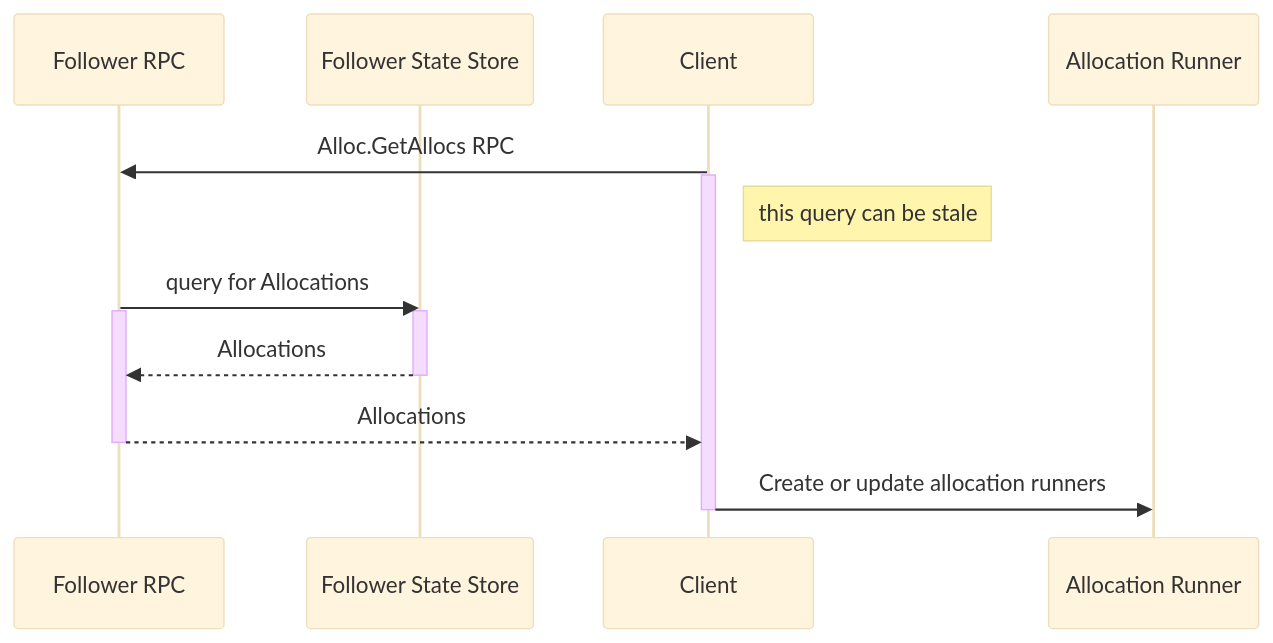
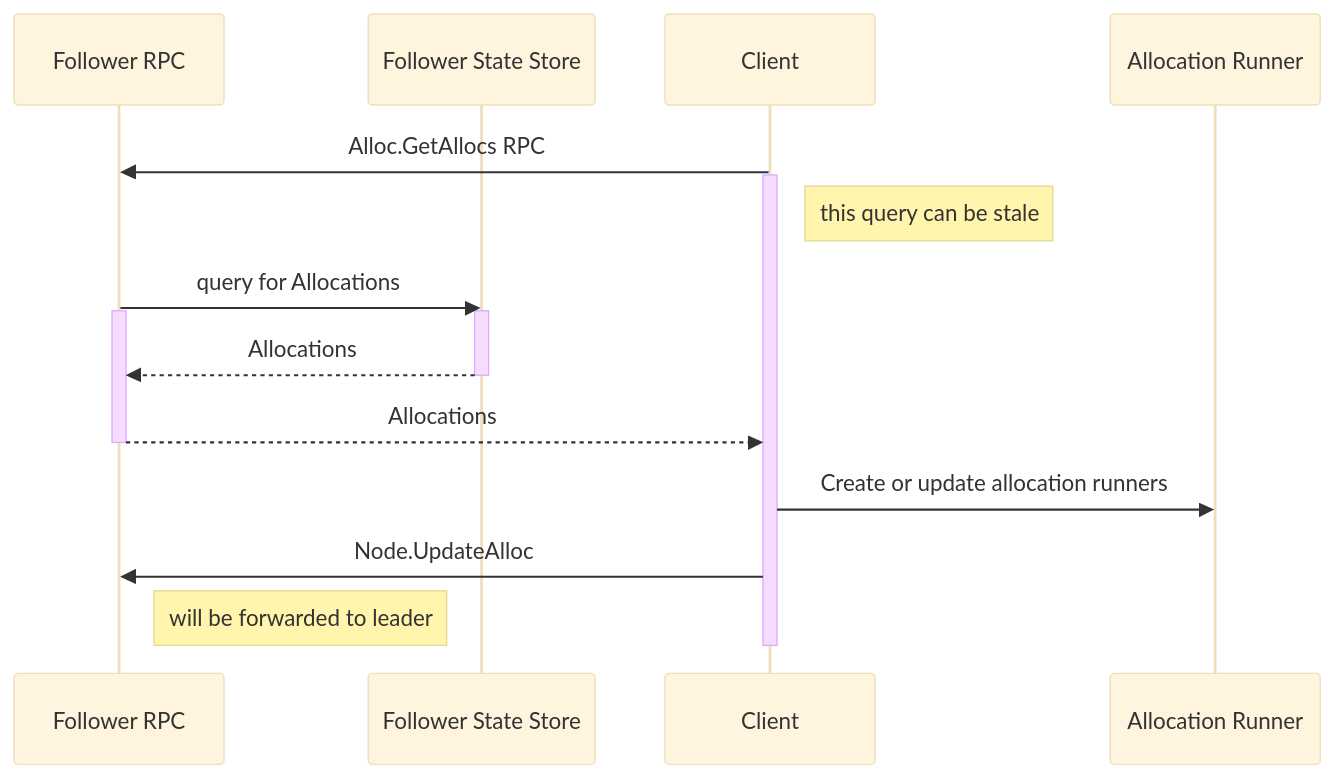
The fourth of 4 diagrams in contributing/architecture-eval-lifecycle.md (hashicorp/nomad), drawn with Mermaid (base theme) before and after one commit. The commit also changed other lines of this file and 3 other files, not shown here.

````diff
--- a/contributing/architecture-eval-lifecycle.md
+++ b/contributing/architecture-eval-lifecycle.md
@@ -298,25 +322,29 @@
 ```mermaid
 sequenceDiagram
 
     participant followerRpc as Follower RPC
     participant followerFSM as Follower State Store
 
     participant client as Client
     participant allocrunner as Allocation Runner
 
     client ->> followerRpc: Alloc.GetAllocs RPC
     activate client
 
     Note right of client: this query can be stale
 
     followerRpc ->> followerFSM: query for Allocations
     activate followerRpc
     activate followerFSM
     followerFSM -->> followerRpc: Allocations
     deactivate followerFSM
     followerRpc -->> client: Allocations
     deactivate followerRpc
 
     client ->> allocrunner: Create or update allocation runners
+
+    client ->> followerRpc: Node.UpdateAlloc
+    Note right of followerRpc: will be forwarded to leader
+
     deactivate client
 ```
````
